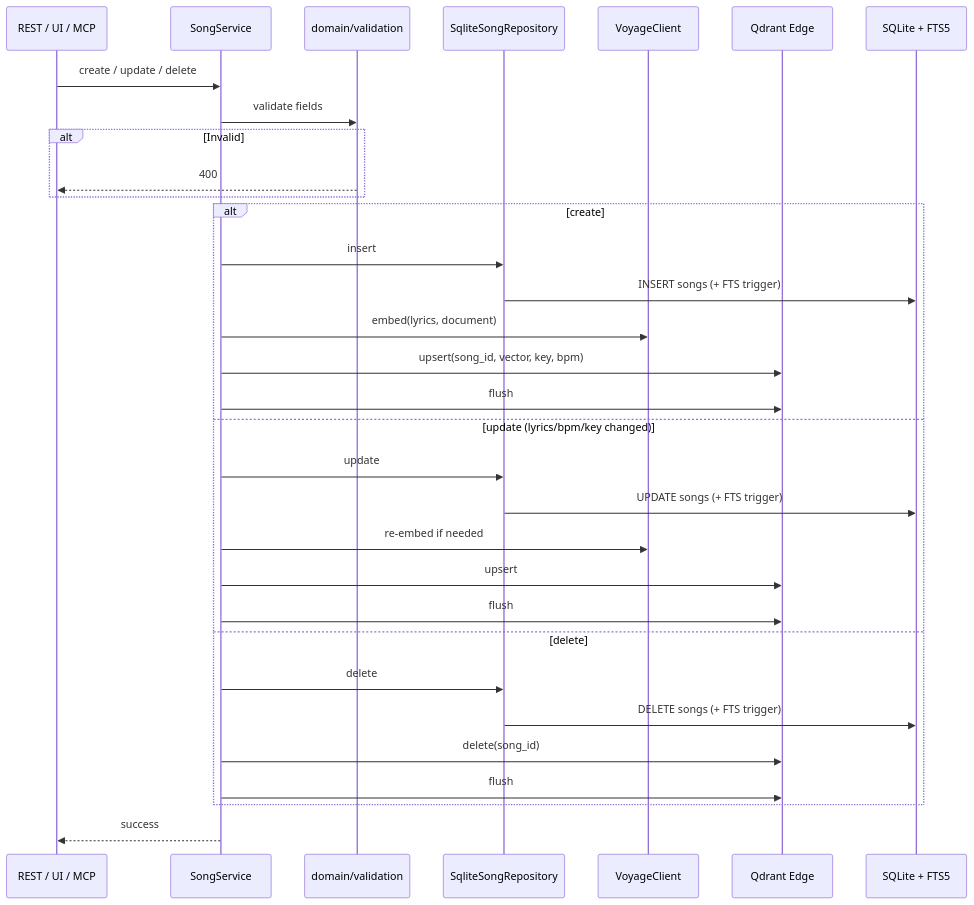
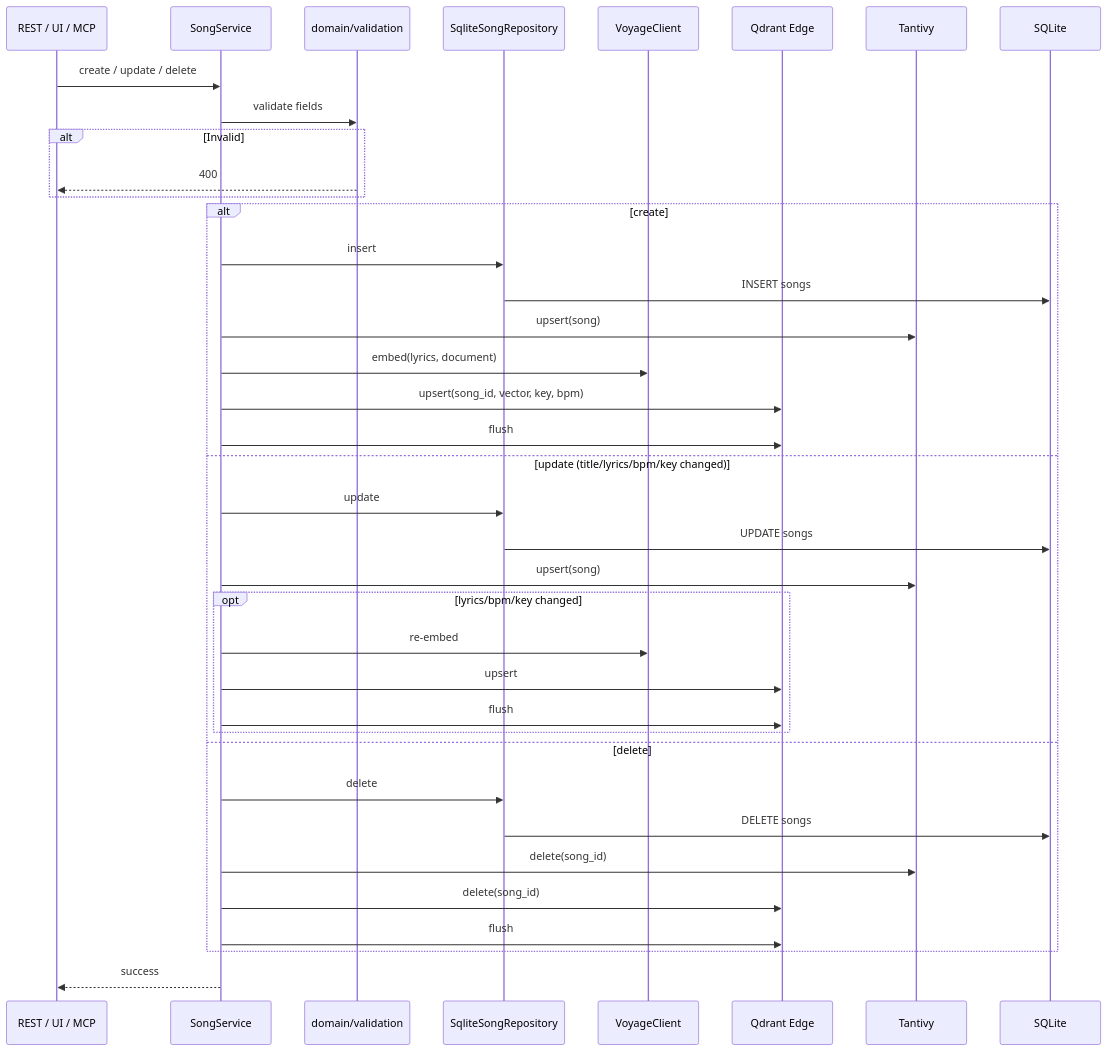
One commit to marchellll/medley-recommender changed the diagram in docs/pipeline-sequence.md. Above: the diagram before and after it, drawn with Mermaid. The commit also changed other lines of this file and 19 other files, not shown here.

````diff
--- a/docs/pipeline-sequence.md
+++ b/docs/pipeline-sequence.md
@@ -14,38 +15,44 @@
 ```mermaid
 sequenceDiagram
     participant Client as REST / UI / MCP
     participant SongSvc as SongService
     participant Validation as domain/validation
     participant Repo as SqliteSongRepository
     participant Voyage as VoyageClient
     participant Edge as Qdrant Edge
-    participant DB as SQLite + FTS5
+    participant Text as Tantivy
+    participant DB as SQLite
 
     Client->>SongSvc: create / update / delete
 
     SongSvc->>Validation: validate fields
     alt Invalid
         Validation-->>Client: 400
     end
 
     alt create
         SongSvc->>Repo: insert
-        Repo->>DB: INSERT songs (+ FTS trigger)
+        Repo->>DB: INSERT songs
+        SongSvc->>Text: upsert(song)
         SongSvc->>Voyage: embed(lyrics, document)
         SongSvc->>Edge: upsert(song_id, vector, key, bpm)
         SongSvc->>Edge: flush
-    else update (lyrics/bpm/key changed)
+    else update (title/lyrics/bpm/key changed)
         SongSvc->>Repo: update
-        Repo->>DB: UPDATE songs (+ FTS trigger)
-        SongSvc->>Voyage: re-embed if needed
-        SongSvc->>Edge: upsert
-        SongSvc->>Edge: flush
+        Repo->>DB: UPDATE songs
+        SongSvc->>Text: upsert(song)
+        opt lyrics/bpm/key changed
+            SongSvc->>Voyage: re-embed
+            SongSvc->>Edge: upsert
+            SongSvc->>Edge: flush
+        end
     else delete
         SongSvc->>Repo: delete
-        Repo->>DB: DELETE songs (+ FTS trigger)
+        Repo->>DB: DELETE songs
+        SongSvc->>Text: delete(song_id)
         SongSvc->>Edge: delete(song_id)
         SongSvc->>Edge: flush
     end
 
     SongSvc-->>Client: success
 ```
````
